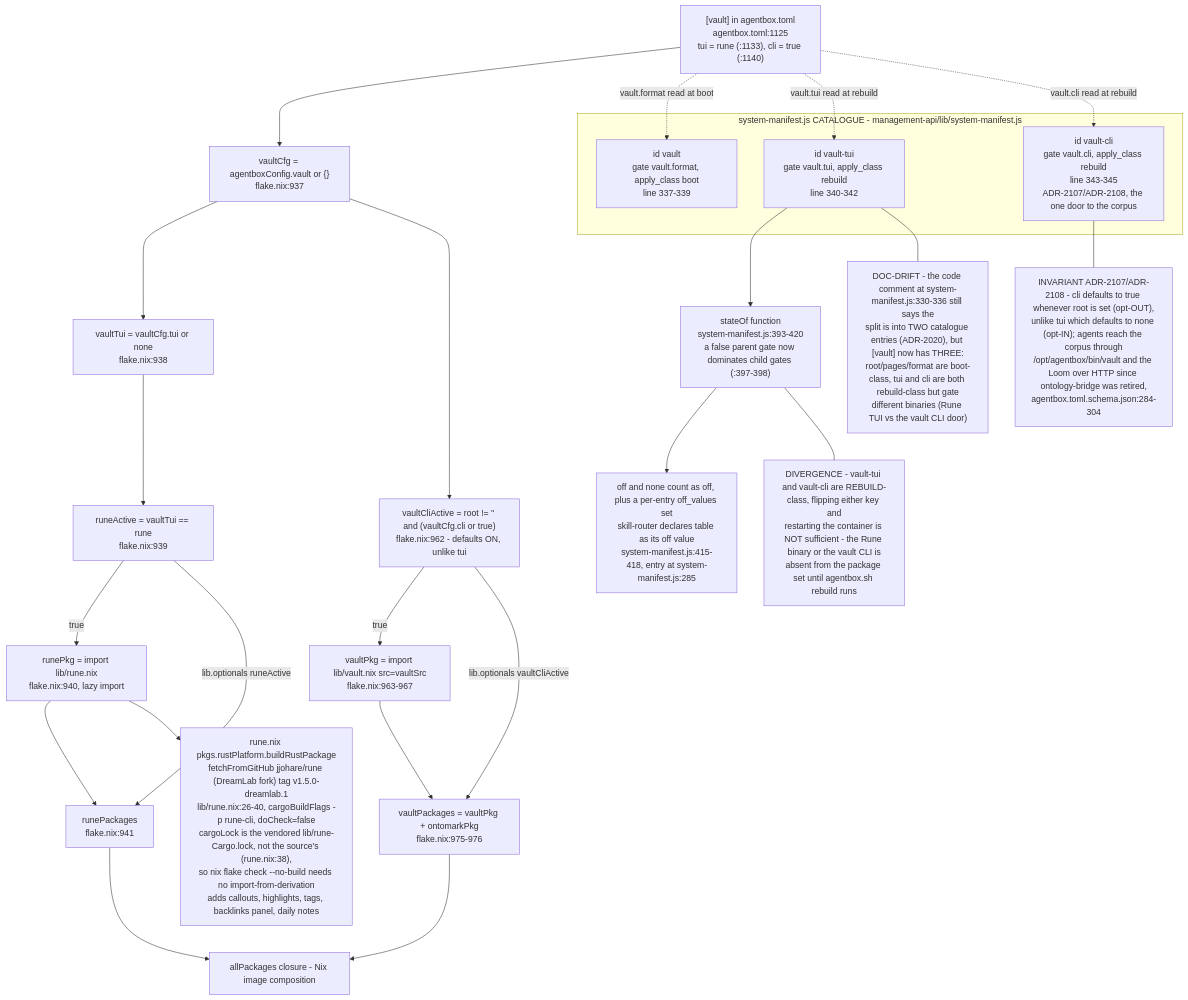
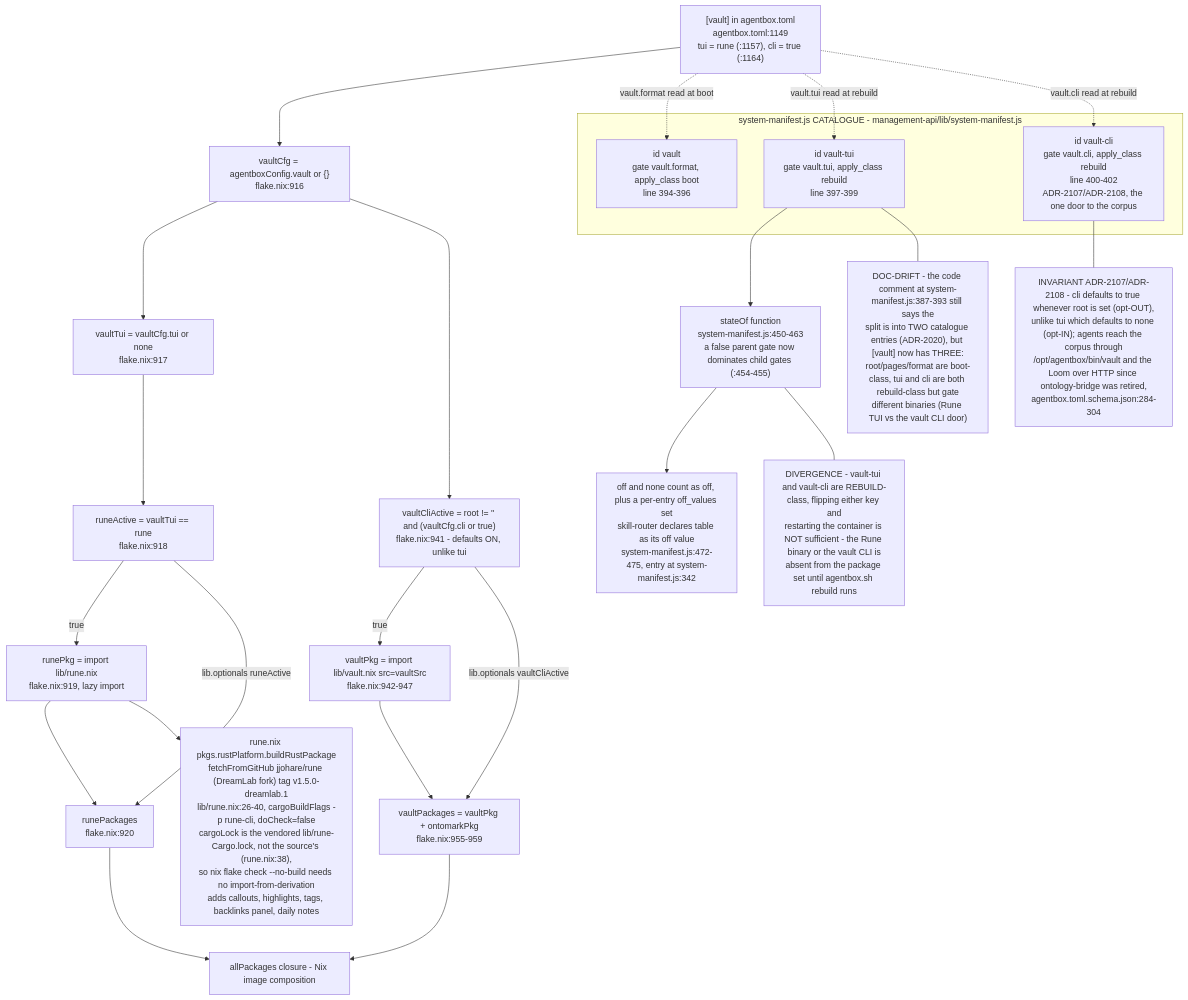
One commit to DreamLab-AI/VisionFlow changed the ninth of 10 diagrams in docs/diagrams/agentbox/01-nix-flake-composition.md. Above: the diagram before and after it, drawn with Mermaid. The commit also changed other lines of this file and 145 other files, not shown here.

````diff
--- a/docs/diagrams/agentbox/01-nix-flake-composition.md
+++ b/docs/diagrams/agentbox/01-nix-flake-composition.md
@@ -423,44 +427,44 @@
 ```mermaid
 flowchart TB
-    TOMLVAULT["[vault] in agentbox.toml<br/>agentbox.toml:1125<br/>tui = rune (:1133), cli = true (:1140)"] --> VAULTCFG["vaultCfg = agentboxConfig.vault or {}<br/>flake.nix:937"]
+    TOMLVAULT["[vault] in agentbox.toml<br/>agentbox.toml:1149<br/>tui = rune (:1157), cli = true (:1164)"] --> VAULTCFG["vaultCfg = agentboxConfig.vault or {}<br/>flake.nix:916"]
 
-    VAULTCFG --> TUIVAL["vaultTui = vaultCfg.tui or none<br/>flake.nix:938"]
-    TUIVAL --> RUNEACTIVE["runeActive = vaultTui == rune<br/>flake.nix:939"]
-    RUNEACTIVE -->|"true"| RUNEPKGIMPORT["runePkg = import lib/rune.nix<br/>flake.nix:940, lazy import"]
-    RUNEACTIVE -->|"lib.optionals runeActive"| RUNEPACKAGES["runePackages<br/>flake.nix:941"]
+    VAULTCFG --> TUIVAL["vaultTui = vaultCfg.tui or none<br/>flake.nix:917"]
+    TUIVAL --> RUNEACTIVE["runeActive = vaultTui == rune<br/>flake.nix:918"]
+    RUNEACTIVE -->|"true"| RUNEPKGIMPORT["runePkg = import lib/rune.nix<br/>flake.nix:919, lazy import"]
+    RUNEACTIVE -->|"lib.optionals runeActive"| RUNEPACKAGES["runePackages<br/>flake.nix:920"]
     RUNEPKGIMPORT --> RUNEPACKAGES
 
-    VAULTCFG --> CLIVAL["vaultCliActive = root != '' and (vaultCfg.cli or true)<br/>flake.nix:962 - defaults ON, unlike tui"]
-    CLIVAL -->|"true"| VAULTPKGIMPORT["vaultPkg = import lib/vault.nix src=vaultSrc<br/>flake.nix:963-967"]
-    CLIVAL -->|"lib.optionals vaultCliActive"| VAULTPACKAGES["vaultPackages = vaultPkg + ontomarkPkg<br/>flake.nix:975-976"]
+    VAULTCFG --> CLIVAL["vaultCliActive = root != '' and (vaultCfg.cli or true)<br/>flake.nix:941 - defaults ON, unlike tui"]
+    CLIVAL -->|"true"| VAULTPKGIMPORT["vaultPkg = import lib/vault.nix src=vaultSrc<br/>flake.nix:942-947"]
+    CLIVAL -->|"lib.optionals vaultCliActive"| VAULTPACKAGES["vaultPackages = vaultPkg + ontomarkPkg<br/>flake.nix:955-959"]
     VAULTPKGIMPORT --> VAULTPACKAGES
 
     RUNEPACKAGES --> ALLPKG["allPackages closure - Nix image composition"]
     VAULTPACKAGES --> ALLPKG
 
     RUNEBUILD["rune.nix pkgs.rustPlatform.buildRustPackage<br/>fetchFromGitHub jjohare/rune (DreamLab fork) tag v1.5.0-dreamlab.1<br/>lib/rune.nix:26-40, cargoBuildFlags -p rune-cli, doCheck=false<br/>cargoLock is the vendored lib/rune-Cargo.lock, not the source's (rune.nix:38),<br/>so nix flake check --no-build needs no import-from-derivation<br/>adds callouts, highlights, tags, backlinks panel, daily notes"]
     RUNEPKGIMPORT --> RUNEBUILD
 
     subgraph MANIFEST["system-manifest.js CATALOGUE - management-api/lib/system-manifest.js"]
-        VAULTENTRY["id vault<br/>gate vault.format, apply_class boot<br/>line 337-339"]
-        VAULTTUIENTRY["id vault-tui<br/>gate vault.tui, apply_class rebuild<br/>line 340-342"]
-        VAULTCLIENTRY["id vault-cli<br/>gate vault.cli, apply_class rebuild<br/>line 343-345<br/>ADR-2107/ADR-2108, the one door to the corpus"]
+        VAULTENTRY["id vault<br/>gate vault.format, apply_class boot<br/>line 394-396"]
+        VAULTTUIENTRY["id vault-tui<br/>gate vault.tui, apply_class rebuild<br/>line 397-399"]
+        VAULTCLIENTRY["id vault-cli<br/>gate vault.cli, apply_class rebuild<br/>line 400-402<br/>ADR-2107/ADR-2108, the one door to the corpus"]
     end
 
     TOMLVAULT -.->|"vault.format read at boot"| VAULTENTRY
     TOMLVAULT -.->|"vault.tui read at rebuild"| VAULTTUIENTRY
     TOMLVAULT -.->|"vault.cli read at rebuild"| VAULTCLIENTRY
 
-    STATEOF["stateOf function<br/>system-manifest.js:393-420<br/>a false parent gate now dominates child gates (:397-398)"]
+    STATEOF["stateOf function<br/>system-manifest.js:450-463<br/>a false parent gate now dominates child gates (:454-455)"]
     VAULTTUIENTRY --> STATEOF
-    STATEOF --> MODESTRING["off and none count as off, plus a per-entry off_values set<br/>skill-router declares table as its off value<br/>system-manifest.js:415-418, entry at system-manifest.js:285"]
+    STATEOF --> MODESTRING["off and none count as off, plus a per-entry off_values set<br/>skill-router declares table as its off value<br/>system-manifest.js:472-475, entry at system-manifest.js:342"]
 
-    NOTE1["DOC-DRIFT - the code comment at system-manifest.js:330-336 still says the<br/>split is into TWO catalogue entries (ADR-2020), but [vault] now has THREE:<br/>root/pages/format are boot-class, tui and cli are both rebuild-class but gate<br/>different binaries (Rune TUI vs the vault CLI door)"]
+    NOTE1["DOC-DRIFT - the code comment at system-manifest.js:387-393 still says the<br/>split is into TWO catalogue entries (ADR-2020), but [vault] now has THREE:<br/>root/pages/format are boot-class, tui and cli are both rebuild-class but gate<br/>different binaries (Rune TUI vs the vault CLI door)"]
     VAULTTUIENTRY --- NOTE1
 
     NOTE2["DIVERGENCE - vault-tui and vault-cli are REBUILD-class, flipping either key and<br/>restarting the container is NOT sufficient - the Rune binary or the vault CLI is<br/>absent from the package set until agentbox.sh rebuild runs"]
     STATEOF --- NOTE2
 
     NOTE3["INVARIANT ADR-2107/ADR-2108 - cli defaults to true whenever root is set (opt-OUT),<br/>unlike tui which defaults to none (opt-IN); agents reach the corpus through<br/>/opt/agentbox/bin/vault and the Loom over HTTP since ontology-bridge was retired,<br/>agentbox.toml.schema.json:284-304"]
     VAULTCLIENTRY --- NOTE3
 ```
````
